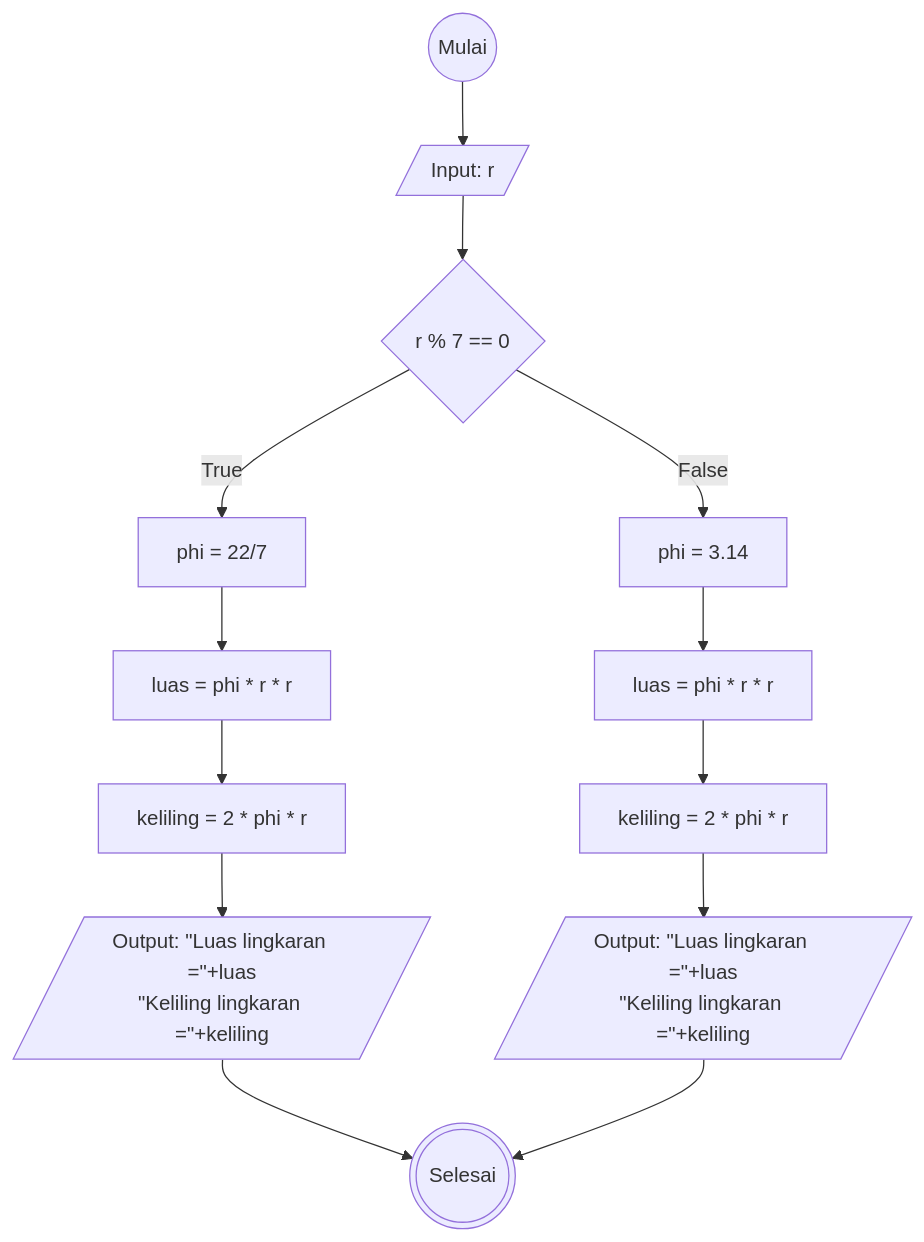
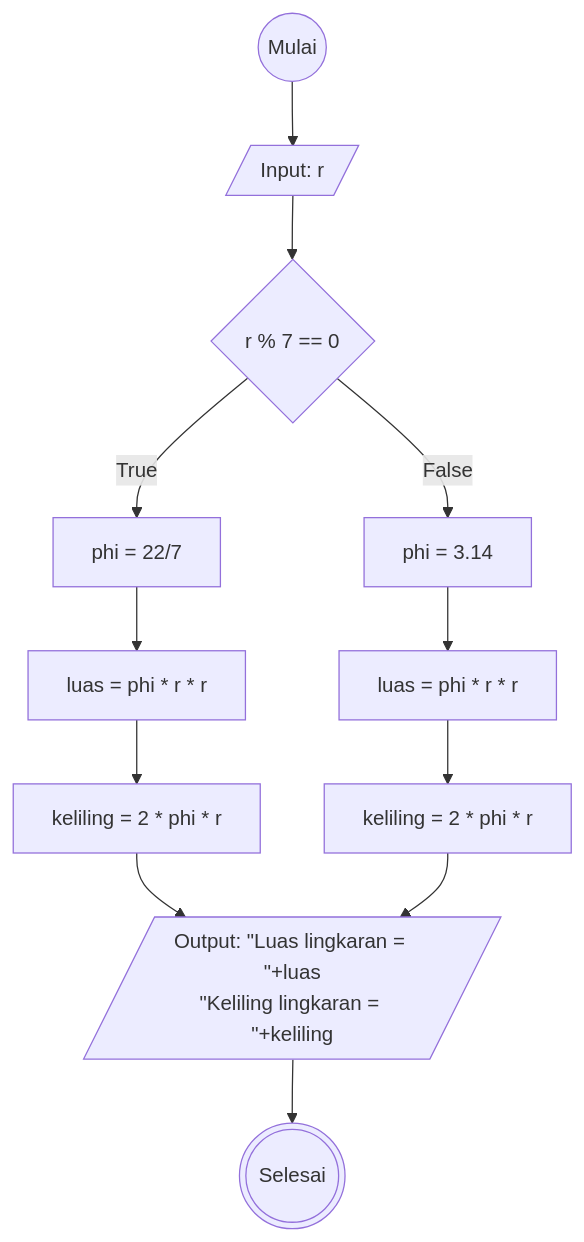
The diagram in flowchart-luas-keliling-lingkaran.md (alhilalfathi/koda-b6-algoritma), drawn with Mermaid before and after one commit.

````diff
--- a/flowchart-luas-keliling-lingkaran.md
+++ b/flowchart-luas-keliling-lingkaran.md
@@ -1,22 +1,21 @@
 ```mermaid
 flowchart TD
     A@{ shape: circle, label: "Mulai"}
     B@{ shape: lean-r, label: "Input: r"}
     C@{ shape: diamond, label: "r % 7 == 0"}
     D@{ label: "phi = 3.14"}
     E@{ label: "phi = 22/7"}
     F@{ label: "luas = phi * r * r"}
     G@{ label: "keliling = 2 * phi * r"}
-    H@{ shape: lean-r, label: "Output: #quot;Luas lingkaran =#quot;+luas
-    #quot;Keliling lingkaran =#quot;+keliling"}
+    H@{ shape: lean-r, label: "Output: #quot;Luas lingkaran = #quot;+luas
+    #quot;Keliling lingkaran = #quot;+keliling"}
     I@{ label: "luas = phi * r * r"}
     J@{ label: "keliling = 2 * phi * r"}
-    K@{ shape: lean-r, label: "Output: #quot;Luas lingkaran =#quot;+luas
-    #quot;Keliling lingkaran =#quot;+keliling"}
+    
     L@{ shape: dbl-circ, label: "Selesai"}
 
 A-->B-->C
-C--True-->E-->I-->J-->K-->L
+C--True-->E-->I-->J-->H
 C--False-->D-->F-->G-->H-->L
 
 ```
````
